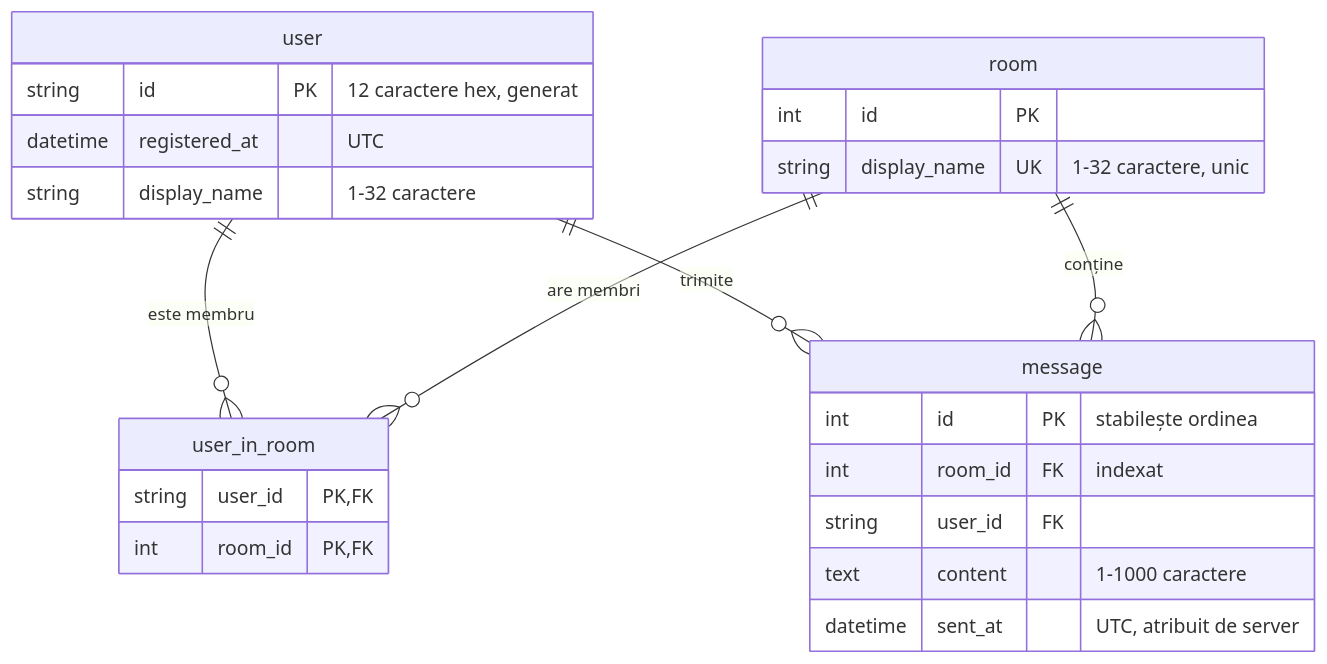
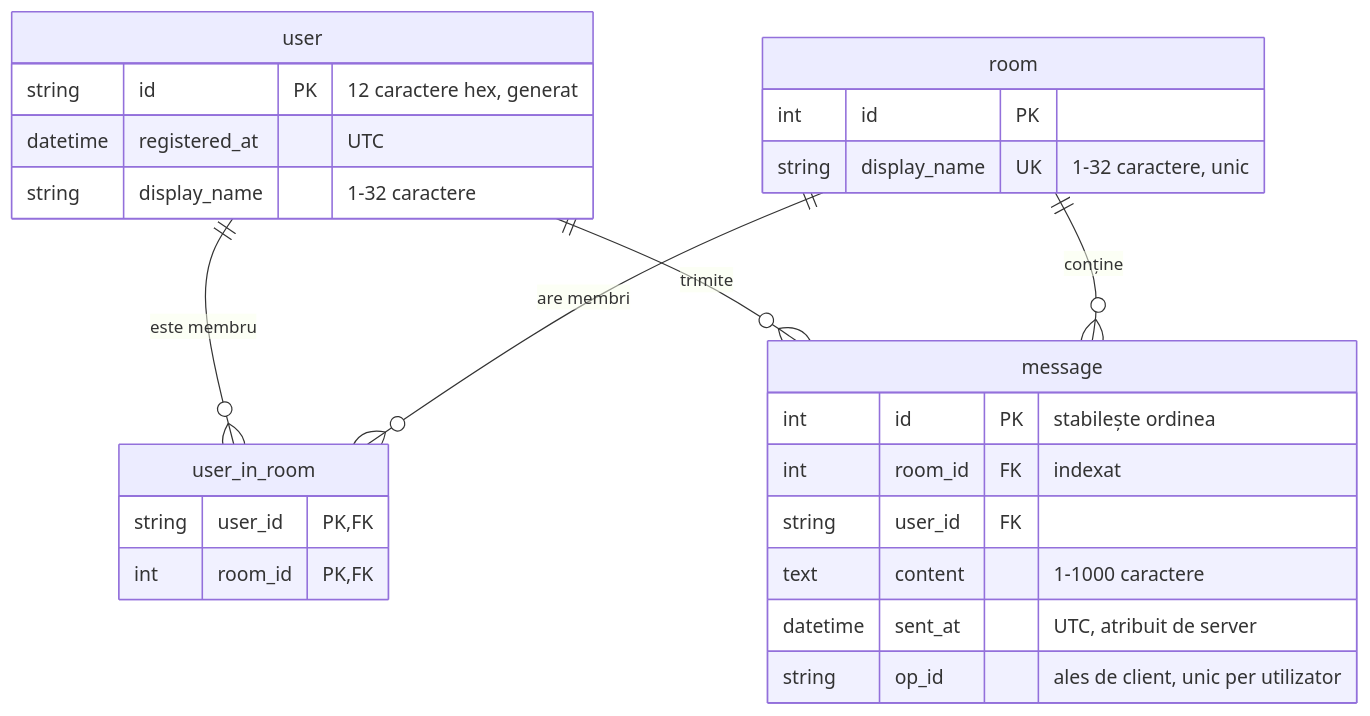
Before and after one commit to AndraN415/Proiect-Python-Poli-MiniChat: the second of 2 diagrams in README.md, drawn with Mermaid. The commit also changed other lines of this file and 52 other files, not shown here.

````diff
--- a/README.md
+++ b/README.md
@@ -87,27 +147,28 @@
 ```mermaid
 erDiagram
     user ||--o{ user_in_room : "este membru"
     room ||--o{ user_in_room : "are membri"
     user ||--o{ message : "trimite"
     room ||--o{ message : "conține"
     user {
         string id PK "12 caractere hex, generat"
         datetime registered_at "UTC"
         string display_name "1-32 caractere"
     }
     room {
         int id PK
         string display_name UK "1-32 caractere, unic"
     }
     user_in_room {
         string user_id PK, FK
         int room_id PK, FK
     }
     message {
         int id PK "stabilește ordinea"
         int room_id FK "indexat"
         string user_id FK
         text content "1-1000 caractere"
         datetime sent_at "UTC, atribuit de server"
+        string op_id "ales de client, unic per utilizator"
     }
 ```
````
